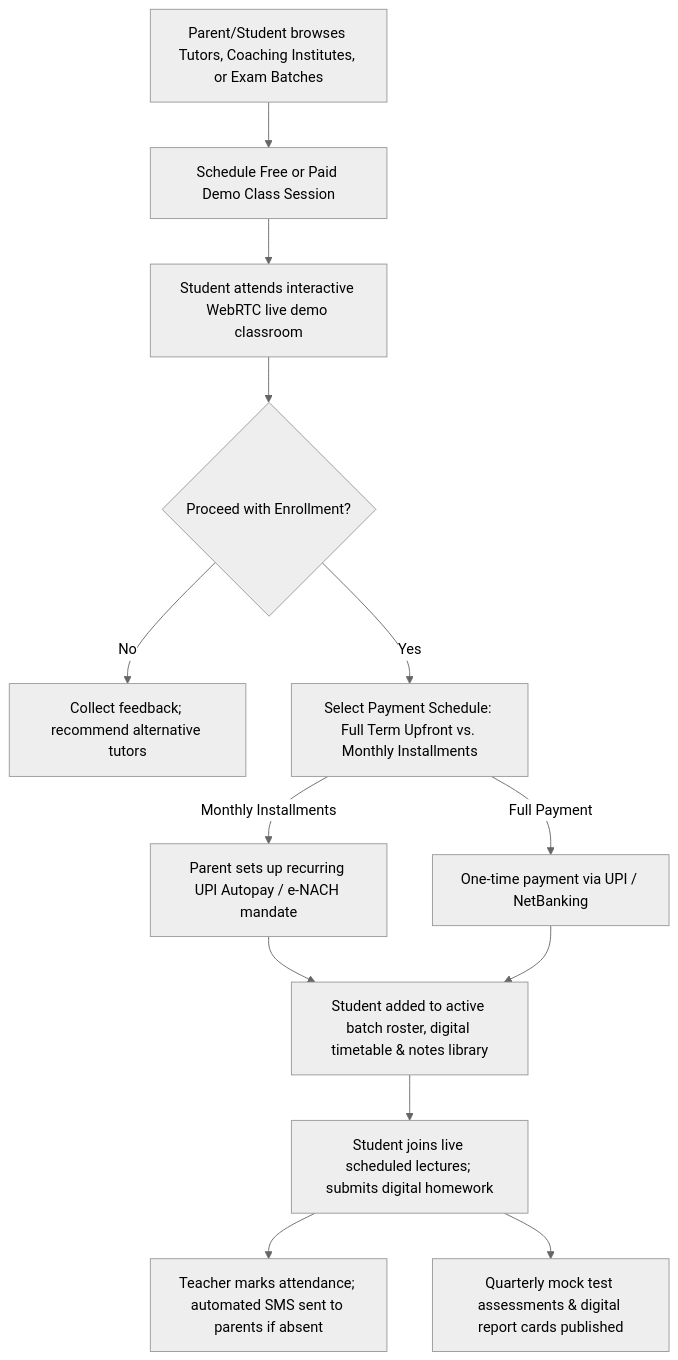
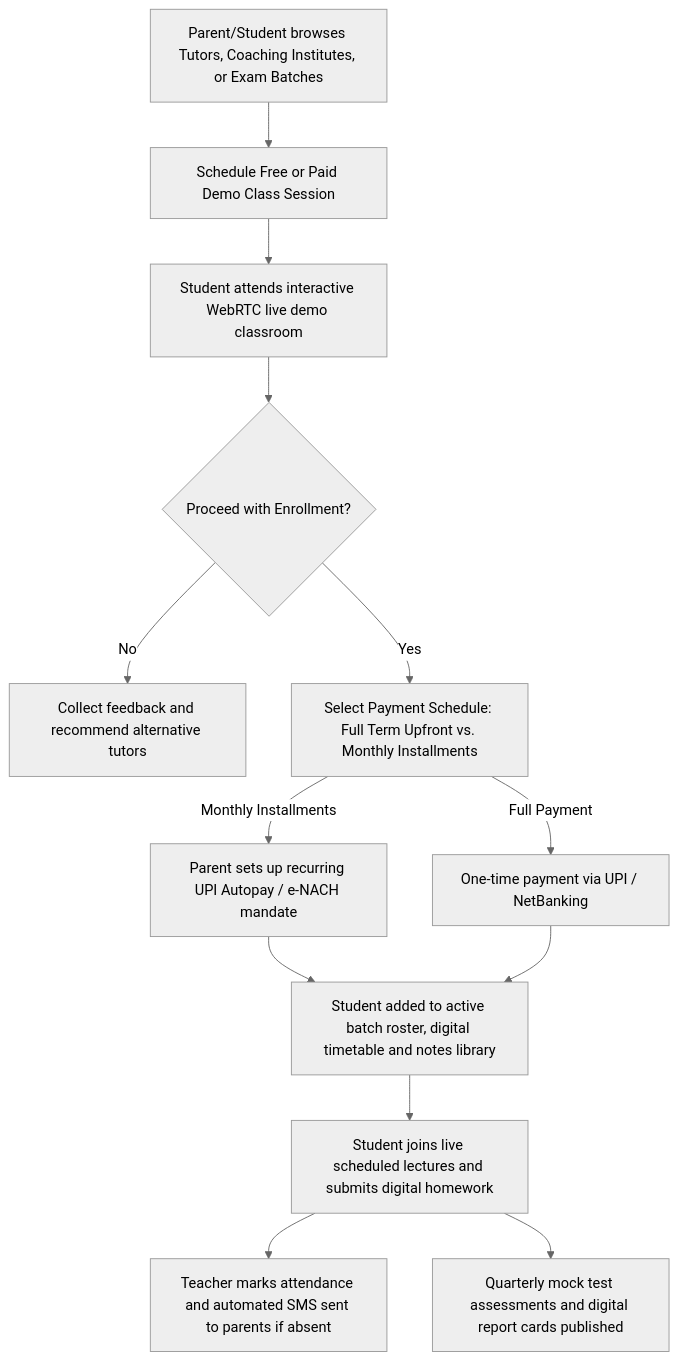
Before and after one commit to programmerfiroz/all-in-one: the ninth of 12 diagrams in docs/06_visual_hierarchy_and_flows/high_level_visual_hierarchy.md, drawn with Mermaid (neutral theme). The commit also changed other lines of this file, not shown here.

Commit message:
fix(visual): sanitize mermaid sequence diagrams by removing semicolons and illegal tokens for github renderer

````diff
--- a/docs/06_visual_hierarchy_and_flows/high_level_visual_hierarchy.md
+++ b/docs/06_visual_hierarchy_and_flows/high_level_visual_hierarchy.md
@@ -321,20 +321,20 @@
 ```mermaid
 flowchart TD
     BrowseTutor["Parent/Student browses Tutors, Coaching Institutes, or Exam Batches"] --> BookDemo["Schedule Free or Paid Demo Class Session"]
     BookDemo --> AttendDemo["Student attends interactive WebRTC live demo classroom"]
     
     AttendDemo --> Satisfied{"Proceed with Enrollment?"}
-    Satisfied -->|No| Feedback["Collect feedback; recommend alternative tutors"]
+    Satisfied -->|No| Feedback["Collect feedback and recommend alternative tutors"]
     
     Satisfied -->|Yes| PlanChoice["Select Payment Schedule: Full Term Upfront vs. Monthly Installments"]
     
     PlanChoice -->|Monthly Installments| Mandate["Parent sets up recurring UPI Autopay / e-NACH mandate"]
     PlanChoice -->|Full Payment| UpfrontPay["One-time payment via UPI / NetBanking"]
     
-    Mandate --> Enrolled["Student added to active batch roster, digital timetable & notes library"]
+    Mandate --> Enrolled["Student added to active batch roster, digital timetable and notes library"]
     UpfrontPay --> Enrolled
     
-    Enrolled --> DailyClass["Student joins live scheduled lectures; submits digital homework"]
-    DailyClass --> AttendanceAlert["Teacher marks attendance; automated SMS sent to parents if absent"]
-    DailyClass --> ProgressReports["Quarterly mock test assessments & digital report cards published"]
+    Enrolled --> DailyClass["Student joins live scheduled lectures and submits digital homework"]
+    DailyClass --> AttendanceAlert["Teacher marks attendance and automated SMS sent to parents if absent"]
+    DailyClass --> ProgressReports["Quarterly mock test assessments and digital report cards published"]
 ```
````
